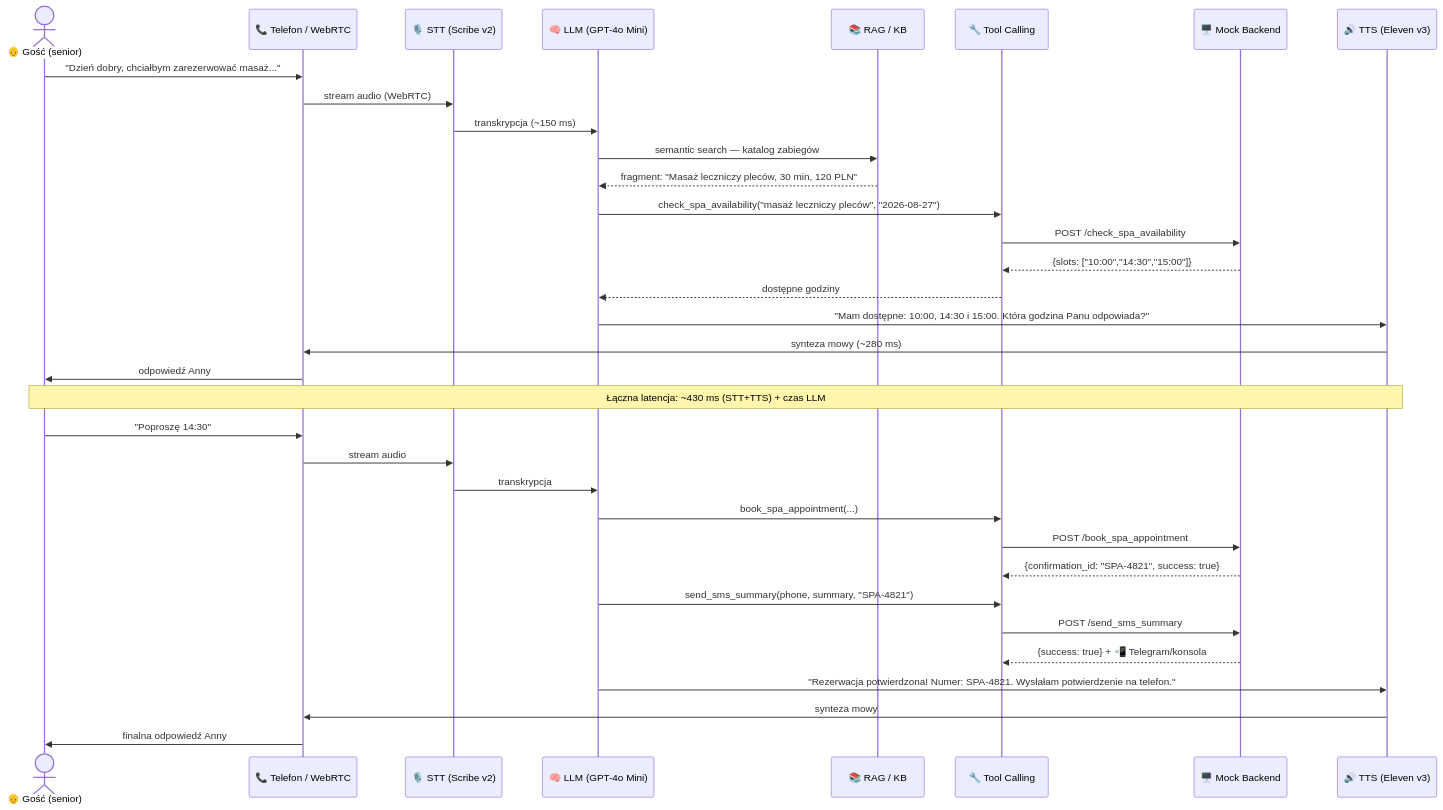
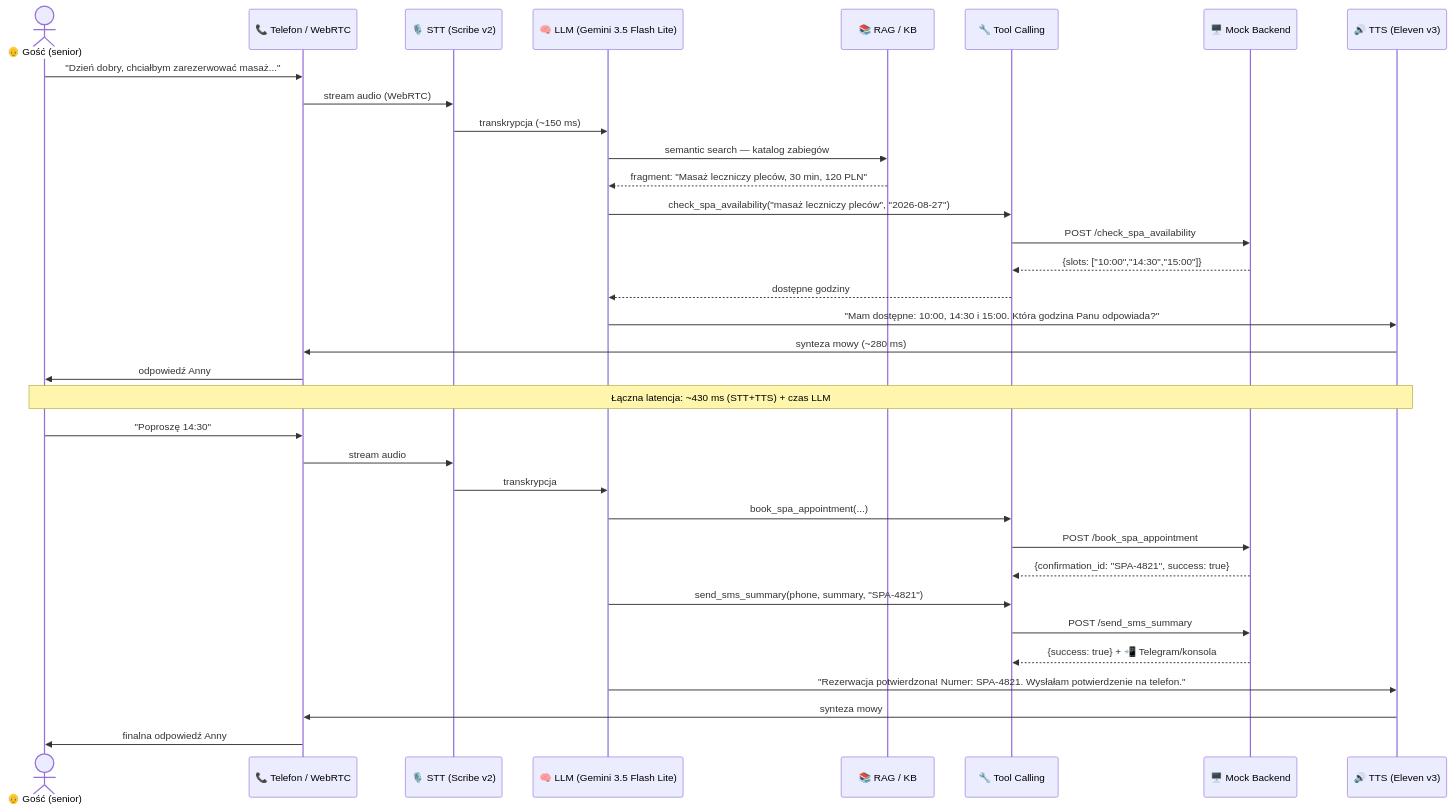
One commit to kpulka/Elevenlabs_SpaHotel_PoC changed the second of 5 diagrams in presentation/01_diagram_architektury.md. Above: the diagram before and after it, drawn with Mermaid. The commit also changed other lines of this file and 32 other files, not shown here.

````diff
--- a/presentation/01_diagram_architektury.md
+++ b/presentation/01_diagram_architektury.md
@@ -43,39 +43,39 @@
 ```mermaid
 sequenceDiagram
     actor Gość as 👴 Gość (senior)
     participant Phone as 📞 Telefon / WebRTC
     participant STT as 🎙️ STT (Scribe v2)
-    participant LLM as 🧠 LLM (GPT-4o Mini)
+    participant LLM as 🧠 LLM (Gemini 3.5 Flash Lite)
     participant RAG as 📚 RAG / KB
     participant Tools as 🔧 Tool Calling
     participant Mock as 🖥️ Mock Backend
     participant TTS as 🔊 TTS (Eleven v3)
 
     Gość->>Phone: "Dzień dobry, chciałbym zarezerwować masaż..."
     Phone->>STT: stream audio (WebRTC)
     STT->>LLM: transkrypcja (~150 ms)
     LLM->>RAG: semantic search — katalog zabiegów
     RAG-->>LLM: fragment: "Masaż leczniczy pleców, 30 min, 120 PLN"
     LLM->>Tools: check_spa_availability("masaż leczniczy pleców", "2026-08-27")
     Tools->>Mock: POST /check_spa_availability
     Mock-->>Tools: {slots: ["10:00","14:30","15:00"]}
     Tools-->>LLM: dostępne godziny
     LLM->>TTS: "Mam dostępne: 10:00, 14:30 i 15:00. Która godzina Panu odpowiada?"
     TTS->>Phone: synteza mowy (~280 ms)
     Phone->>Gość: odpowiedź Anny
 
     Note over Gość,TTS: Łączna latencja: ~430 ms (STT+TTS) + czas LLM
 
     Gość->>Phone: "Poproszę 14:30"
     Phone->>STT: stream audio
     STT->>LLM: transkrypcja
     LLM->>Tools: book_spa_appointment(...)
     Tools->>Mock: POST /book_spa_appointment
     Mock-->>Tools: {confirmation_id: "SPA-4821", success: true}
     LLM->>Tools: send_sms_summary(phone, summary, "SPA-4821")
     Tools->>Mock: POST /send_sms_summary
     Mock-->>Tools: {success: true} + 📲 Telegram/konsola
     LLM->>TTS: "Rezerwacja potwierdzona! Numer: SPA-4821. Wysłałam potwierdzenie na telefon."
     TTS->>Phone: synteza mowy
     Phone->>Gość: finalna odpowiedź Anny
 ```
````
